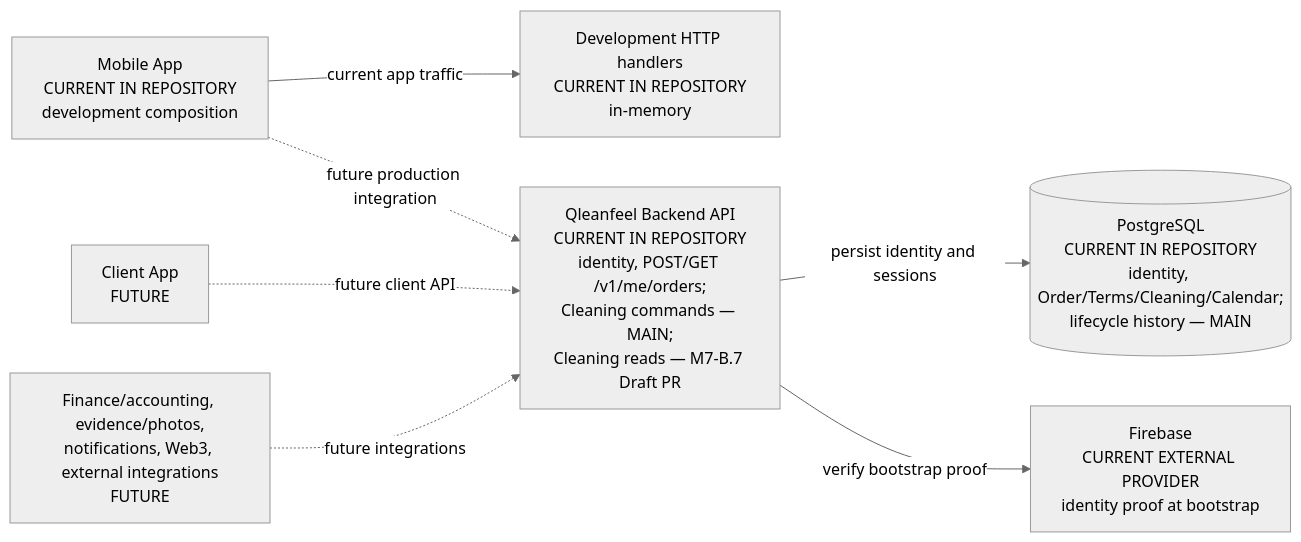
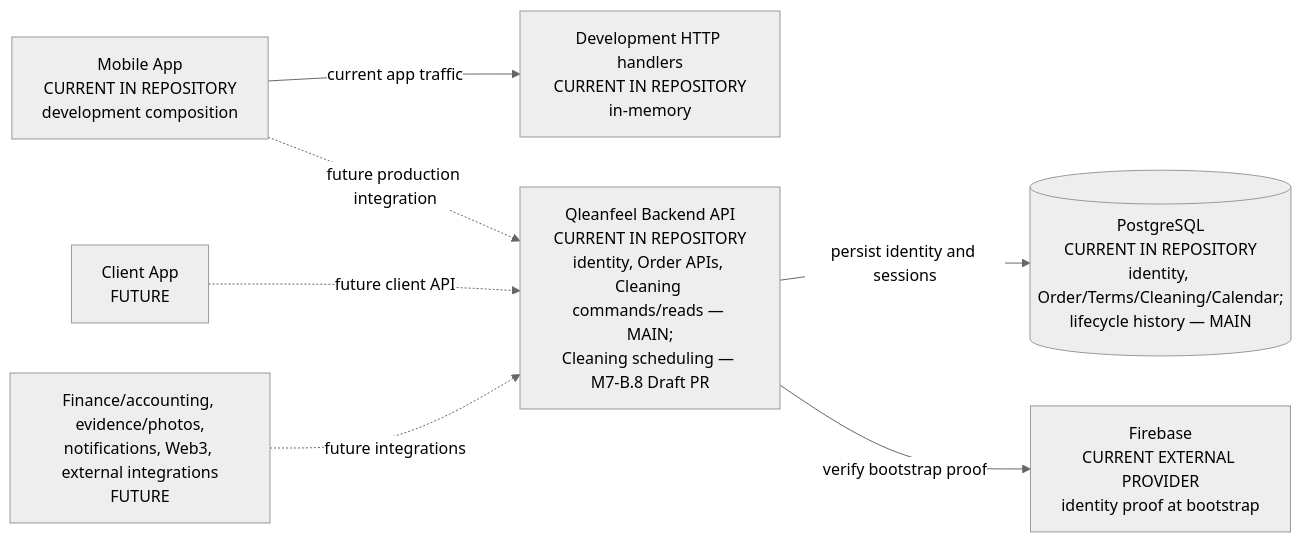
Before and after one commit to qleanfeel-bot/qleanfeel-rn: the first of 10 diagrams in docs/ARCHITECTURE_MAP.md, drawn with Mermaid (neutral theme). The commit also changed other lines of this file and 24 other files, not shown here.

````diff
--- a/docs/ARCHITECTURE_MAP.md
+++ b/docs/ARCHITECTURE_MAP.md
@@ -9,17 +9,17 @@
 ```mermaid
 flowchart LR
   Mobile["Mobile App<br/>CURRENT IN REPOSITORY<br/>development composition"]
   DevHTTP["Development HTTP handlers<br/>CURRENT IN REPOSITORY<br/>in-memory"]
-  Backend["Qleanfeel Backend API<br/>CURRENT IN REPOSITORY<br/>identity, POST/GET /v1/me/orders;<br/>Cleaning commands — MAIN;<br/>Cleaning reads — M7-B.7 Draft PR"]
+  Backend["Qleanfeel Backend API<br/>CURRENT IN REPOSITORY<br/>identity, Order APIs, Cleaning commands/reads — MAIN;<br/>Cleaning scheduling — M7-B.8 Draft PR"]
   DB[("PostgreSQL<br/>CURRENT IN REPOSITORY<br/>identity, Order/Terms/Cleaning/Calendar;<br/>lifecycle history — MAIN")]
   Firebase["Firebase<br/>CURRENT EXTERNAL PROVIDER<br/>identity proof at bootstrap"]
   Client["Client App<br/>FUTURE"]
   Other["Finance/accounting, evidence/photos,<br/>notifications, Web3, external integrations<br/>FUTURE"]
 
   Mobile -->|"current app traffic"| DevHTTP
   Mobile -.->|"future production integration"| Backend
   Backend -->|"persist identity and sessions"| DB
   Backend -->|"verify bootstrap proof"| Firebase
   Client -.->|"future client API"| Backend
   Other -.->|"future integrations"| Backend
 ```
````
